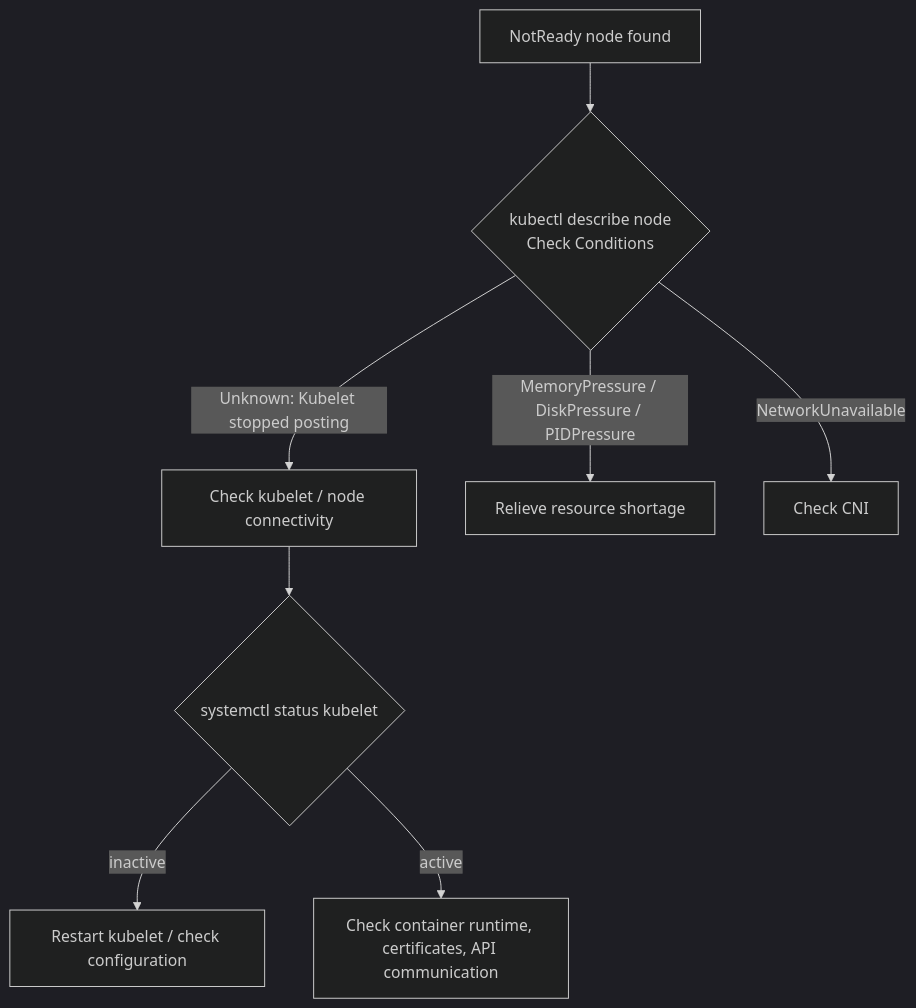
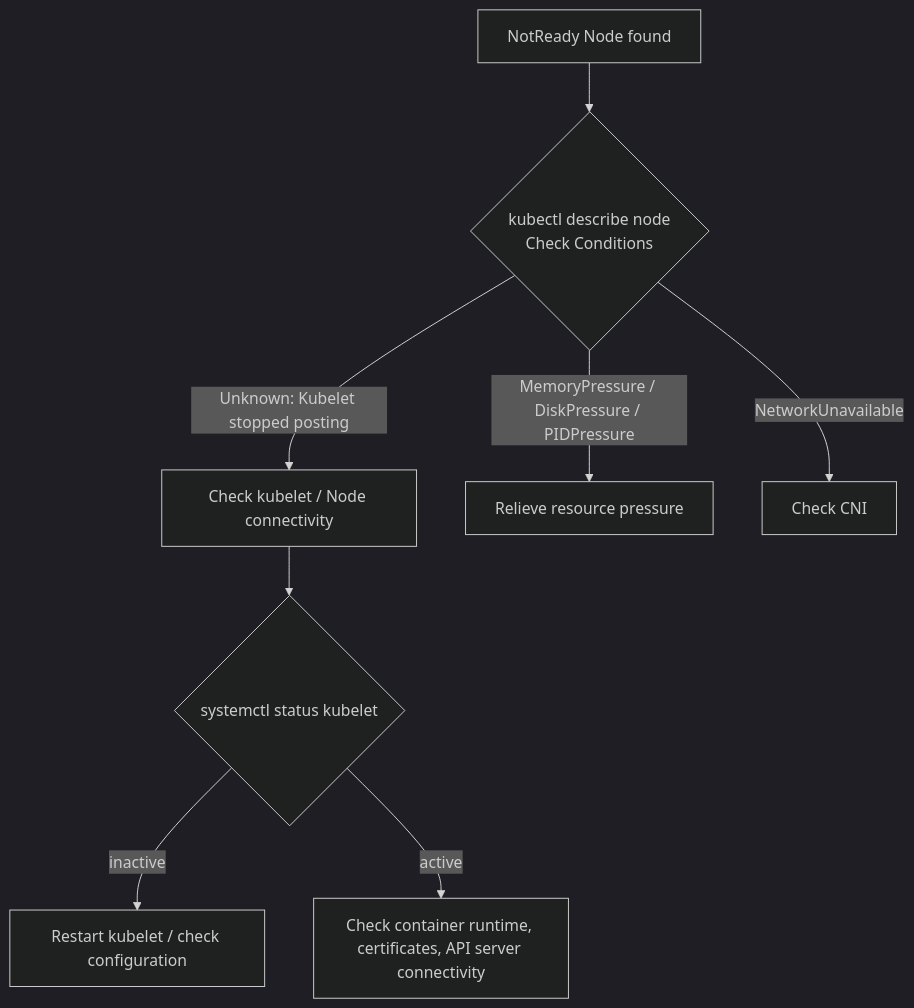
The diagram in content/usecases/48-uc-node-not-ready.md (jeonck/k8s-adv), drawn with Mermaid (dark theme) before and after one commit. The commit also changed other lines of this file and 53 other files, not shown here.

````diff
--- a/content/usecases/48-uc-node-not-ready.md
+++ b/content/usecases/48-uc-node-not-ready.md
@@ -17,10 +17,10 @@
 ```mermaid
 flowchart TD
-    A["NotReady node found"] --> B{"kubectl describe node<br/>Check Conditions"}
-    B -->|Unknown: Kubelet stopped posting| C["Check kubelet / node connectivity"]
-    B -->|MemoryPressure / DiskPressure / PIDPressure| D["Relieve resource shortage"]
+    A["NotReady Node found"] --> B{"kubectl describe node<br/>Check Conditions"}
+    B -->|Unknown: Kubelet stopped posting| C["Check kubelet / Node connectivity"]
+    B -->|MemoryPressure / DiskPressure / PIDPressure| D["Relieve resource pressure"]
     B -->|NetworkUnavailable| E["Check CNI"]
     C --> F{systemctl status kubelet}
     F -->|inactive| G["Restart kubelet / check configuration"]
-    F -->|active| H["Check container runtime, certificates, API communication"]
+    F -->|active| H["Check container runtime, certificates, API server connectivity"]
 ```
````
